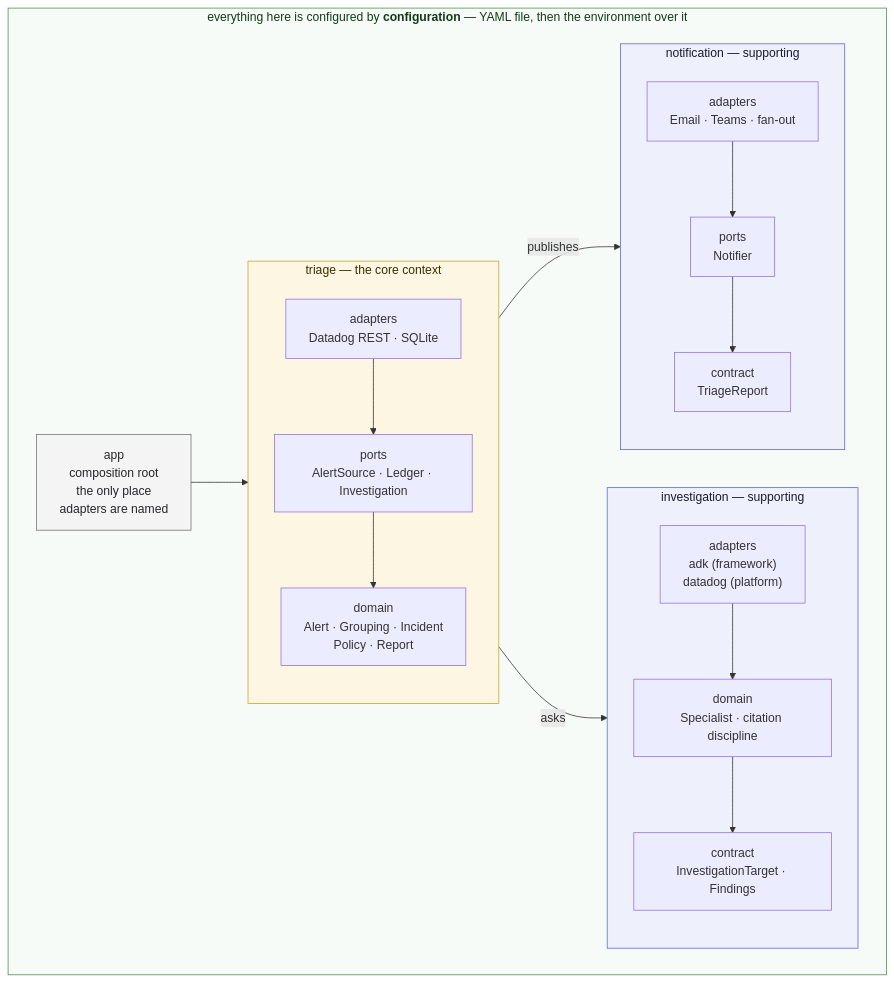
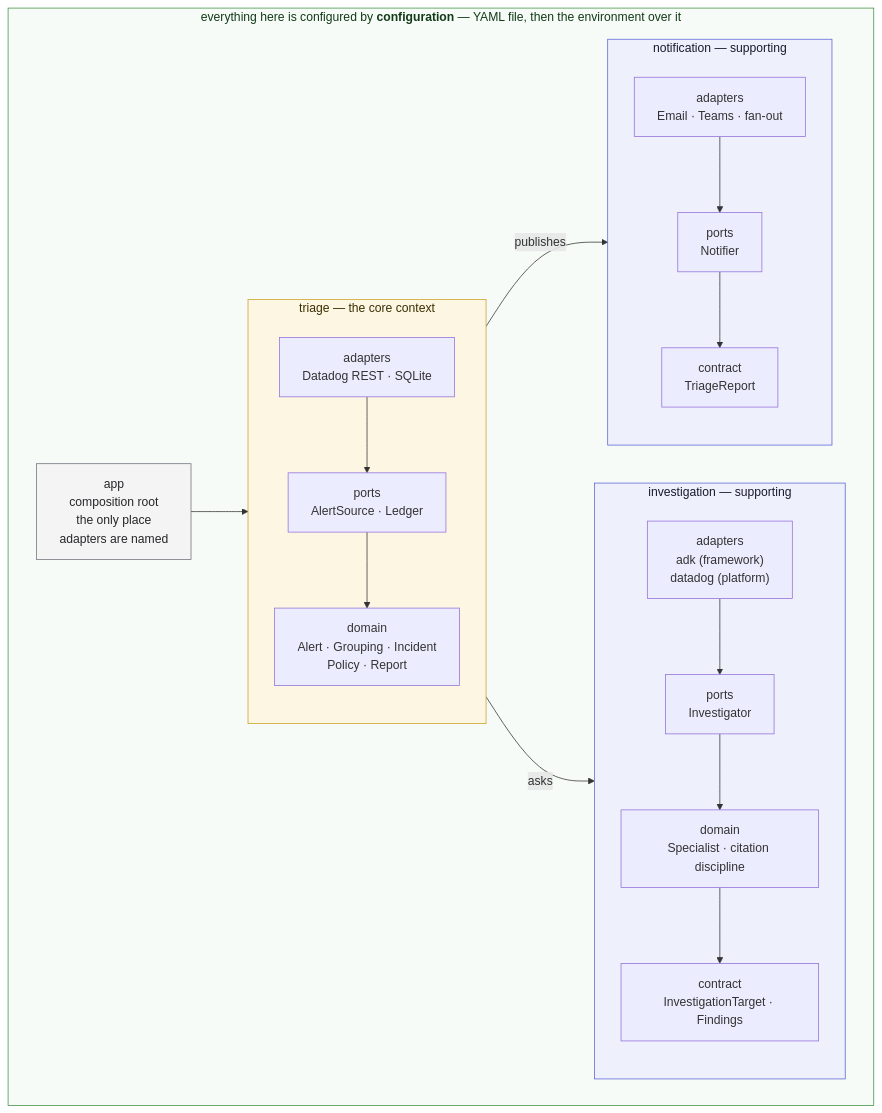
The diagram in README.md (EduardoFLima/alert-triage), drawn with Mermaid before and after one commit. The commit also changed other lines of this file and 17 other files, not shown here.

````diff
--- a/README.md
+++ b/README.md
@@ -169,45 +169,46 @@
 ```mermaid
 flowchart LR
     subgraph Configured["everything here is configured by <b>configuration</b> — YAML file, then the environment over it"]
         direction LR
         App["app<br/>composition root<br/>the only place<br/>adapters are named"]
 
         subgraph Triage["triage — the core context"]
             direction TB
             TriageAdapters["adapters<br/>Datadog REST · SQLite"]
-            TriagePorts["ports<br/>AlertSource · Ledger · Investigation"]
+            TriagePorts["ports<br/>AlertSource · Ledger"]
             TriageDomain["domain<br/>Alert · Grouping · Incident<br/>Policy · Report"]
             TriageAdapters --> TriagePorts --> TriageDomain
         end
 
         subgraph Investigation["investigation — supporting"]
             direction TB
             InvContract["contract<br/>InvestigationTarget · Findings"]
             InvDomain["domain<br/>Specialist · citation discipline"]
+            InvPorts["ports<br/>Investigator"]
             InvAdapters["adapters<br/>adk (framework)<br/>datadog (platform)"]
-            InvAdapters --> InvDomain --> InvContract
+            InvAdapters --> InvPorts --> InvDomain --> InvContract
         end
 
         subgraph Notification["notification — supporting"]
             direction TB
             NotContract["contract<br/>TriageReport"]
             NotPorts["ports<br/>Notifier"]
             NotAdapters["adapters<br/>Email · Teams · fan-out"]
             NotAdapters --> NotPorts --> NotContract
         end
 
         App --> Triage
         TriageDomain -- "asks" --> InvContract
         TriageDomain -- "publishes" --> NotContract
     end
 
     classDef coreClass fill:#fdf6e3,stroke:#c9a227,color:#3a2f00
     classDef supportingClass fill:#eef0fb,stroke:#5b63d3,color:#1a1a2e
     classDef configuredClass fill:#f6fbf7,stroke:#3f9142,color:#123a17
     classDef appClass fill:#f4f4f5,stroke:#71717a,color:#27272a
 
     class Triage coreClass
     class Investigation,Notification supportingClass
     class Configured configuredClass
     class App appClass
 ```
````
